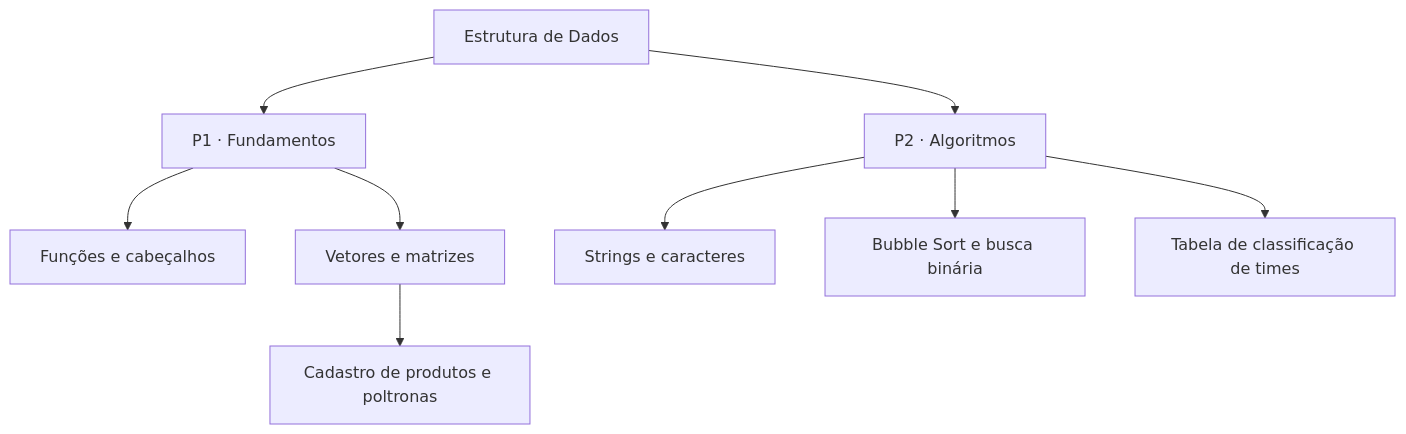
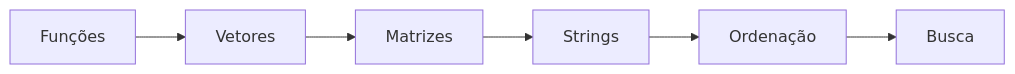
Before and after one commit to theroven79-droid/ESTRUTURA-DE-DADOS: the diagram in README.md, drawn with Mermaid. The commit also changed other lines of this file, not shown here.

````diff
--- a/README.md
+++ b/README.md
@@ -93,11 +17,8 @@
 ```mermaid
-flowchart TD
-    A["Estrutura de Dados"] --> B["P1 · Fundamentos"]
-    A --> C["P2 · Algoritmos"]
-    B --> D["Funções e cabeçalhos"]
-    B --> E["Vetores e matrizes"]
-    E --> F["Cadastro de produtos e poltronas"]
-    C --> G["Strings e caracteres"]
-    C --> H["Bubble Sort e busca binária"]
-    C --> I["Tabela de classificação de times"]
+flowchart LR
+    A[Funções] --> B[Vetores]
+    B --> C[Matrizes]
+    C --> D[Strings]
+    D --> E[Ordenação]
+    E --> F[Busca]
 ```
````
